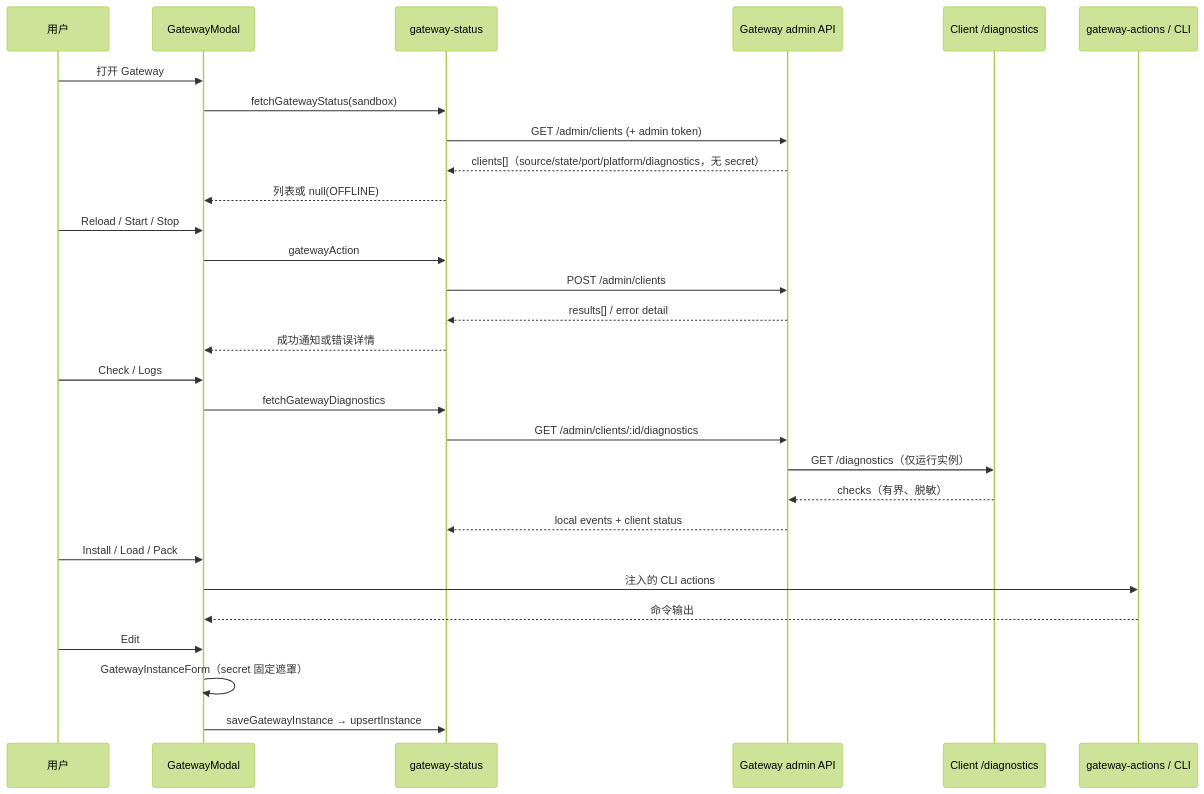
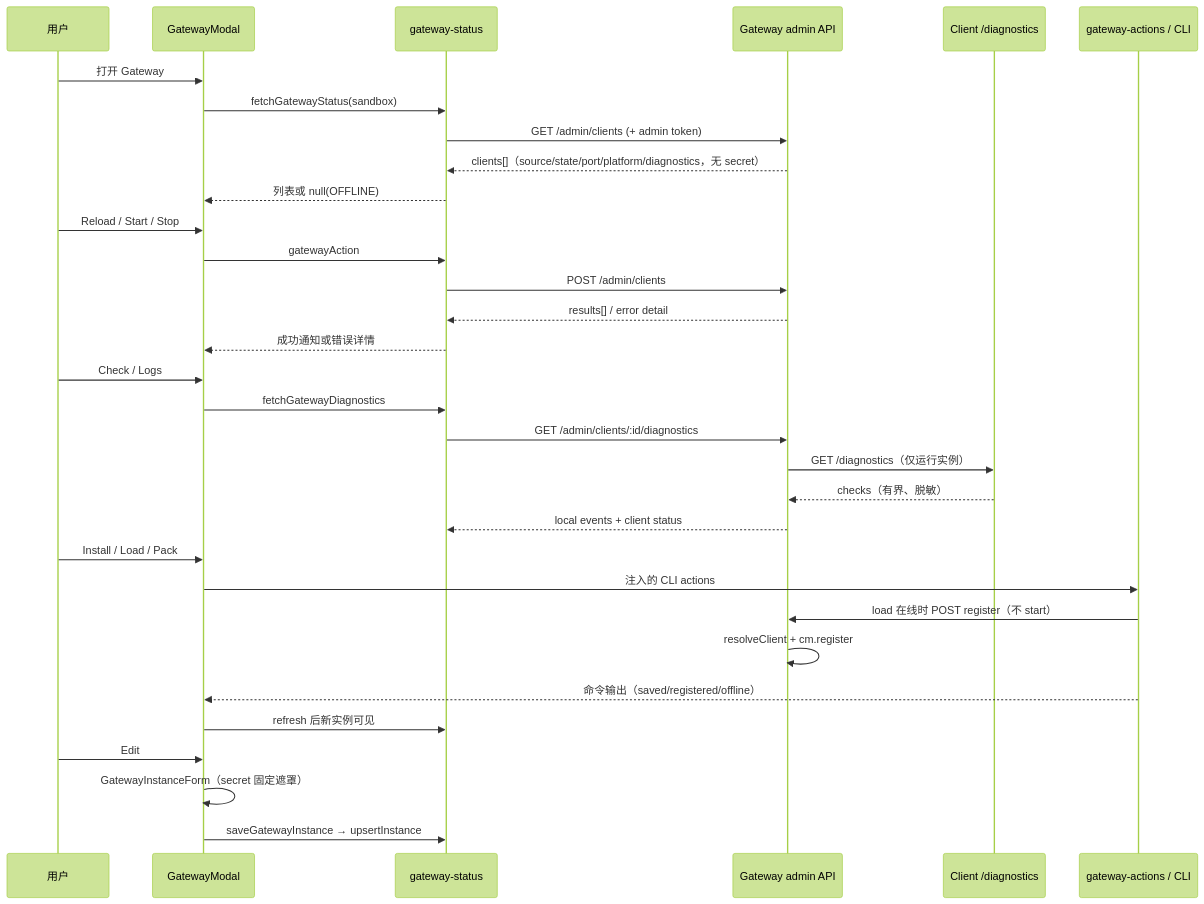
One commit to aokihu/atom_neo changed diagram 11 of 12 in docs/communication/atom_neo_2026-11-14_gateway_client_packaging_graph.md. Above: the diagram before and after it, drawn with Mermaid (forest theme). The commit also changed other lines of this file and 16 other files, not shown here.

````diff
--- a/docs/communication/atom_neo_2026-11-14_gateway_client_packaging_graph.md
+++ b/docs/communication/atom_neo_2026-11-14_gateway_client_packaging_graph.md
@@ -526,32 +526,35 @@
 ```mermaid
 sequenceDiagram
     participant U as 用户
     participant M as GatewayModal
     participant S as gateway-status
     participant G as Gateway admin API
     participant C as Client /diagnostics
     participant A as gateway-actions / CLI
 
     U->>M: 打开 Gateway
     M->>S: fetchGatewayStatus(sandbox)
     S->>G: GET /admin/clients (+ admin token)
     G-->>S: clients[]（source/state/port/platform/diagnostics，无 secret）
     S-->>M: 列表或 null(OFFLINE)
     U->>M: Reload / Start / Stop
     M->>S: gatewayAction
     S->>G: POST /admin/clients
     G-->>S: results[] / error detail
     S-->>M: 成功通知或错误详情
     U->>M: Check / Logs
     M->>S: fetchGatewayDiagnostics
     S->>G: GET /admin/clients/:id/diagnostics
     G->>C: GET /diagnostics（仅运行实例）
     C-->>G: checks（有界、脱敏）
     G-->>S: local events + client status
     U->>M: Install / Load / Pack
     M->>A: 注入的 CLI actions
-    A-->>M: 命令输出
+    A->>G: load 在线时 POST register（不 start）
+    G->>G: resolveClient + cm.register
+    A-->>M: 命令输出（saved/registered/offline）
+    M->>S: refresh 后新实例可见
     U->>M: Edit
     M->>M: GatewayInstanceForm（secret 固定遮罩）
     M->>S: saveGatewayInstance → upsertInstance
 ```
````
